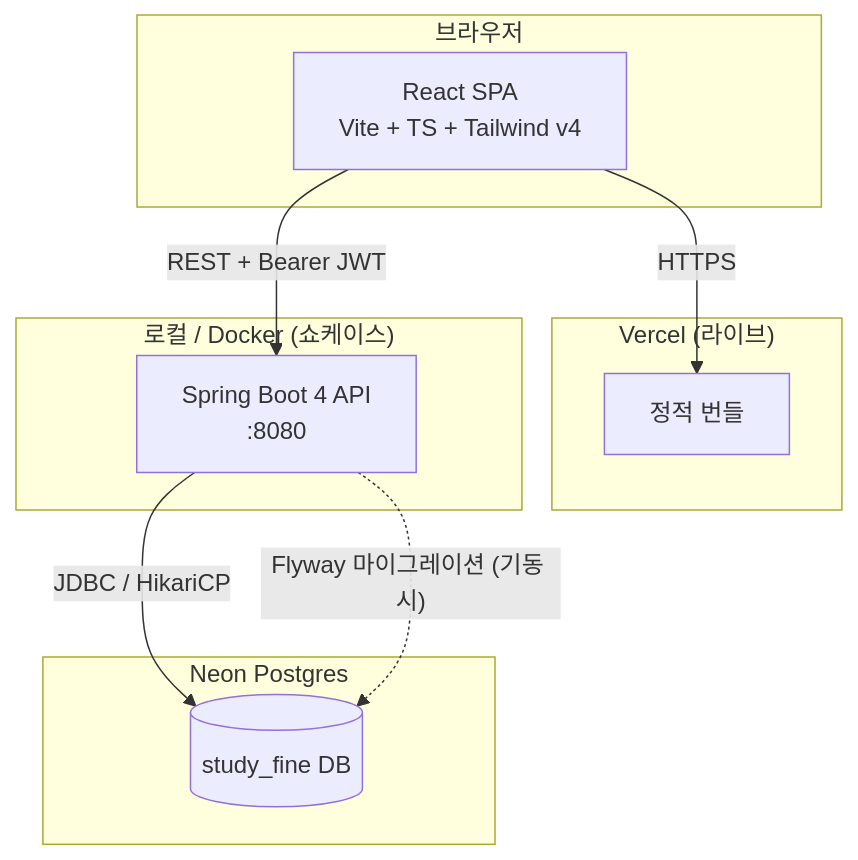
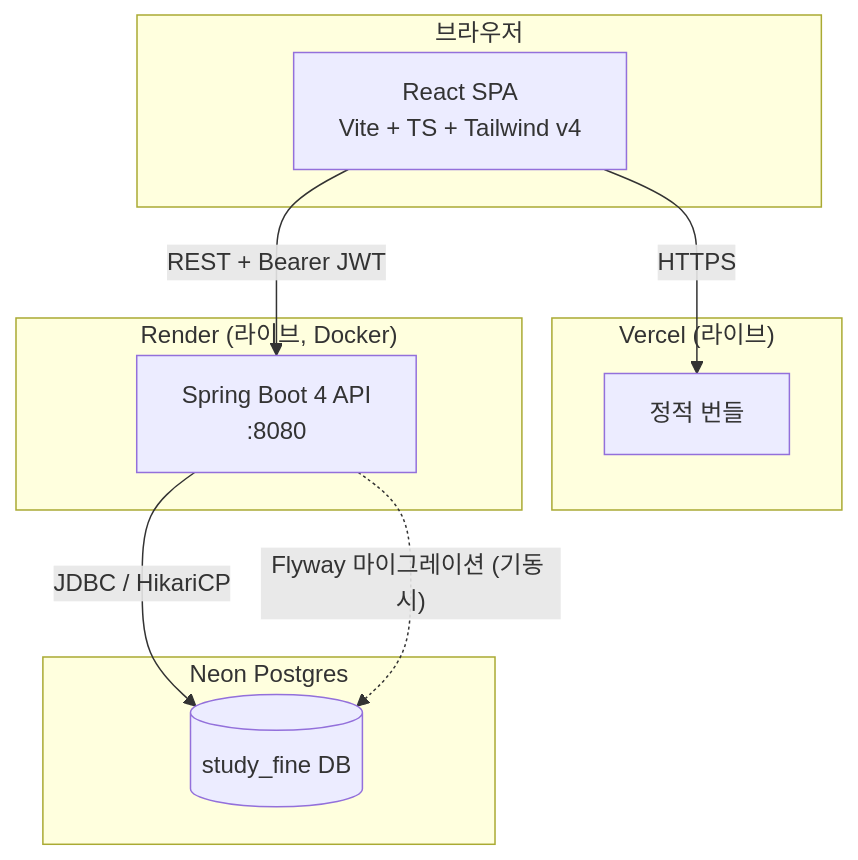
Before and after one commit to jakesoneyo/study-fine: the diagram in README.md, drawn with Mermaid. The commit also changed other lines of this file, not shown here.

Commit message:
docs: README를 실제 라이브 배포(Render+Vercel) 반영해서 갱신

````diff
--- a/README.md
+++ b/README.md
@@ -34,23 +34,23 @@
 ```mermaid
 graph TB
     subgraph Browser["브라우저"]
         UI["React SPA<br/>Vite + TS + Tailwind v4"]
     end
 
     subgraph Vercel["Vercel (라이브)"]
         Static["정적 번들"]
     end
 
-    subgraph Local["로컬 / Docker (쇼케이스)"]
+    subgraph Render["Render (라이브, Docker)"]
         API["Spring Boot 4 API<br/>:8080"]
     end
 
     subgraph Neon["Neon Postgres"]
         DB[("study_fine DB")]
     end
 
     UI -->|"HTTPS"| Static
     UI -->|"REST + Bearer JWT"| API
     API -->|"JDBC / HikariCP"| DB
     API -.->|"Flyway 마이그레이션 (기동 시)"| DB
 ```
````
